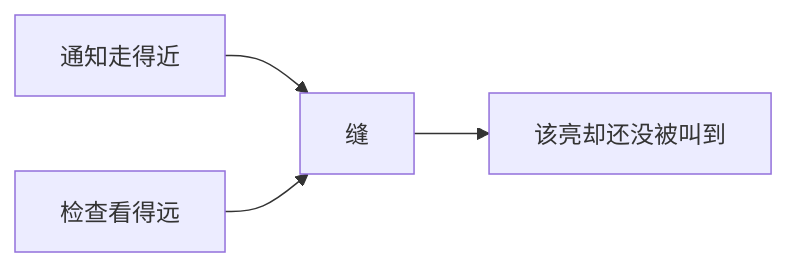
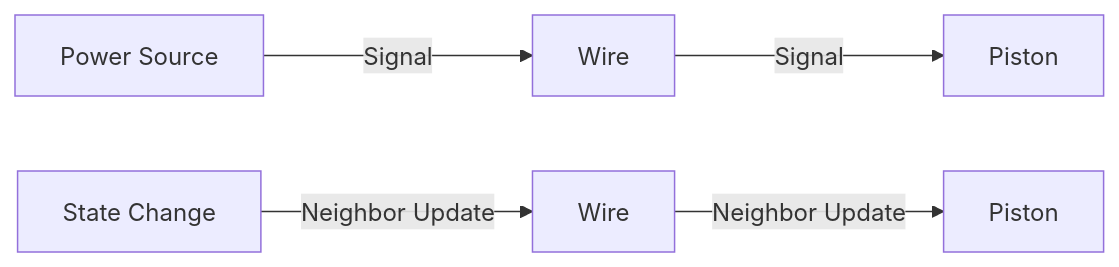
The second of 5 diagrams in docs/impl/(part2)/redstone.mdx (Dreamtowards/Thinking-In-Minecraft), drawn with Mermaid before and after one commit. The commit also changed other lines of this file and 1 other file, not shown here.

````diff
--- a/docs/impl/(part2)/redstone.mdx
+++ b/docs/impl/(part2)/redstone.mdx
@@ -56,6 +205,8 @@
 ```mermaid
 flowchart LR
-  N["通知走得近"] --> G["缝"]
-  C["检查看得远"] --> G
-  G --> B["该亮却还没被叫到"]
+  A["Power Source"] -->|Signal| B["Wire"]
+  B -->|Signal| C["Piston"]
+
+  A2["State Change"] -->|Neighbor Update| B2["Wire"]
+  B2 -->|Neighbor Update| C2["Piston"]
 ```
````
